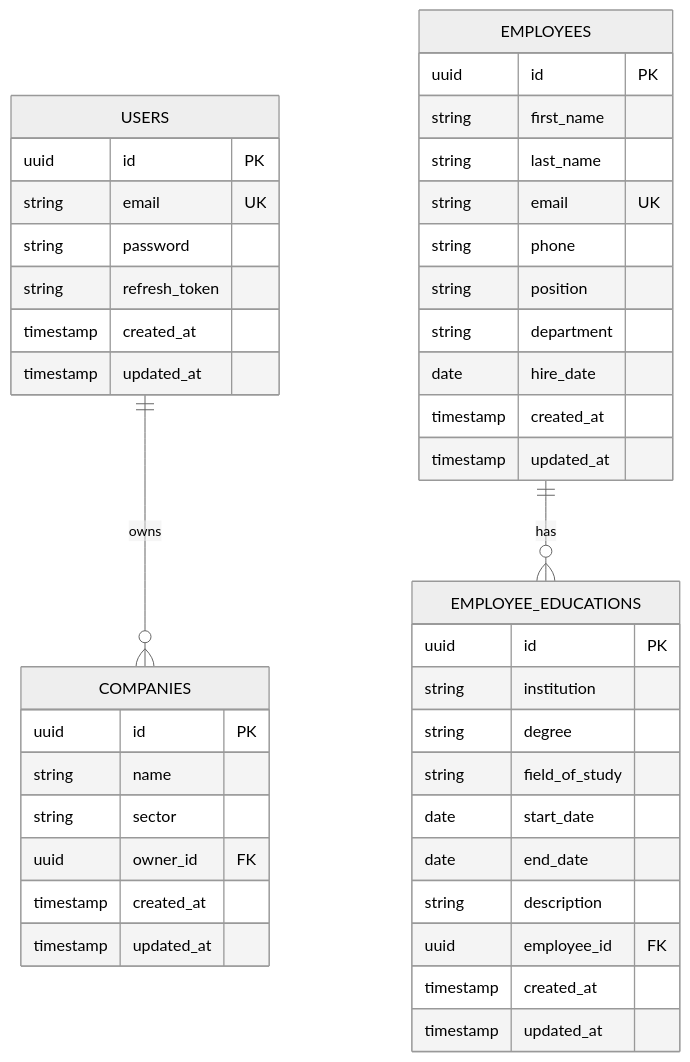
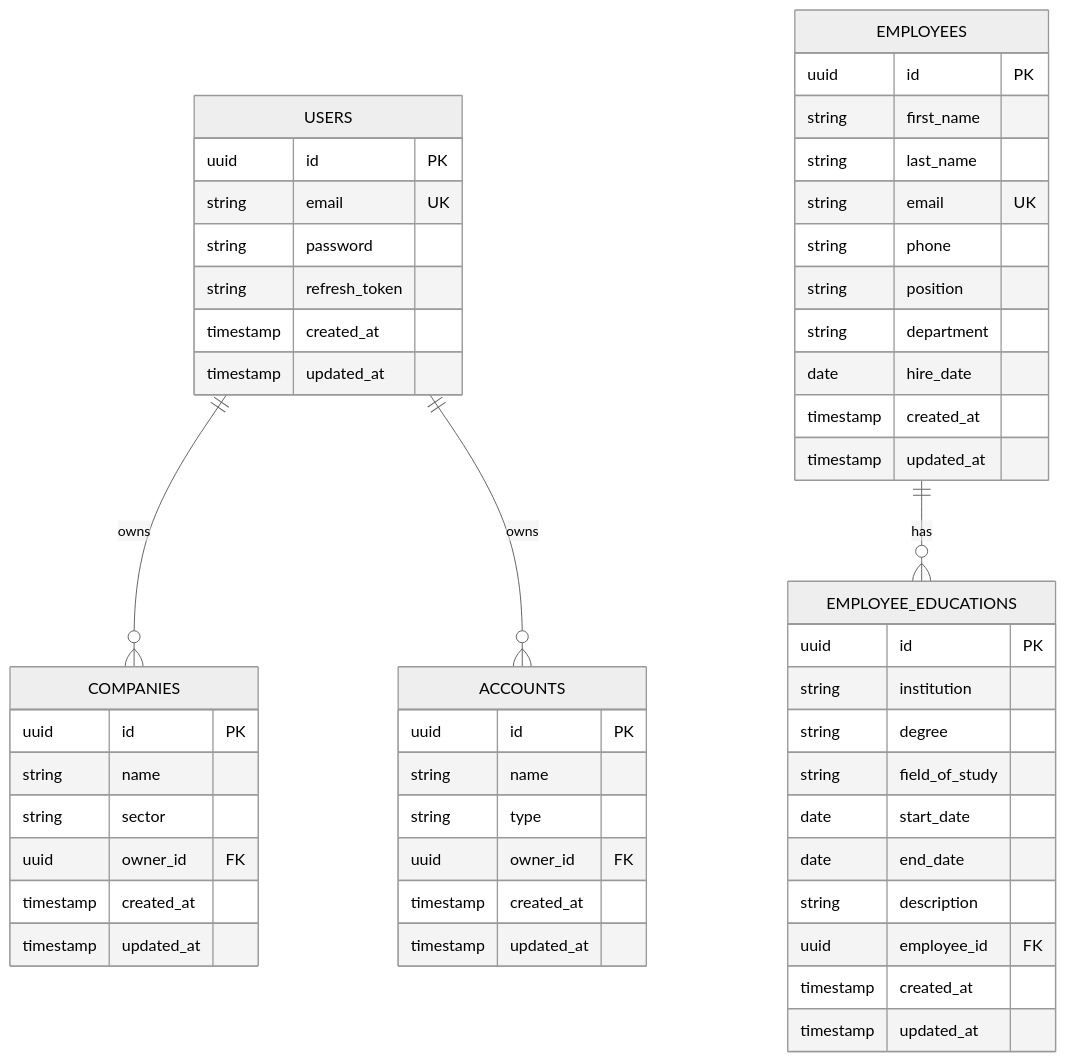
Before and after one commit to xbersoy/hoopy: the diagram in docs/database-migrations.md, drawn with Mermaid (neutral theme). The commit also changed other lines of this file and 45 other files, not shown here.

````diff
--- a/docs/database-migrations.md
+++ b/docs/database-migrations.md
@@ -130,49 +144,59 @@
 ```mermaid
 erDiagram
     USERS ||--o{ COMPANIES : owns
+    USERS ||--o{ ACCOUNTS : owns
     EMPLOYEES ||--o{ EMPLOYEE_EDUCATIONS : has
     
     USERS {
         uuid id PK
         string email UK
         string password
         string refresh_token
         timestamp created_at
         timestamp updated_at
     }
     
     COMPANIES {
         uuid id PK
         string name
         string sector
+        uuid owner_id FK
+        timestamp created_at
+        timestamp updated_at
+    }
+    
+    ACCOUNTS {
+        uuid id PK
+        string name
+        string type
         uuid owner_id FK
         timestamp created_at
         timestamp updated_at
     }
     
     EMPLOYEES {
         uuid id PK
         string first_name
         string last_name
         string email UK
         string phone
         string position
         string department
         date hire_date
         timestamp created_at
         timestamp updated_at
     }
     
     EMPLOYEE_EDUCATIONS {
         uuid id PK
         string institution
         string degree
         string field_of_study
         date start_date
         date end_date
         string description
         uuid employee_id FK
         timestamp created_at
         timestamp updated_at
     }
 ``` 
````
